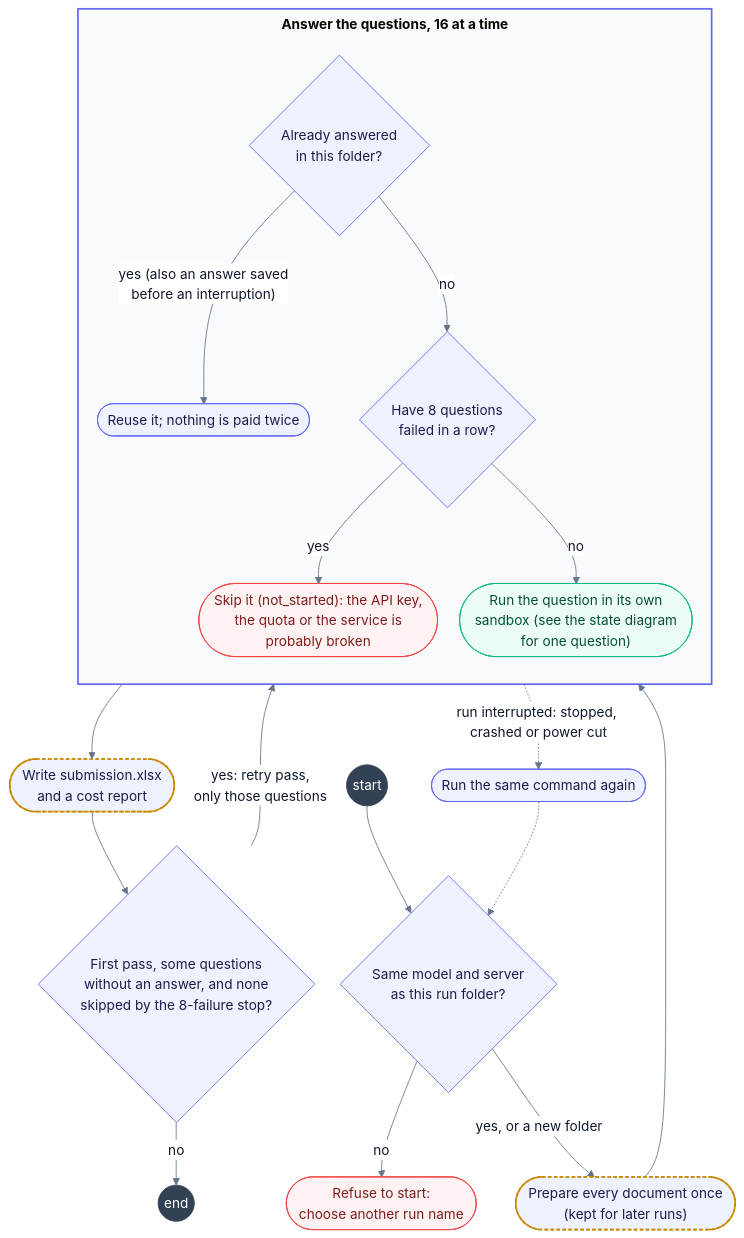
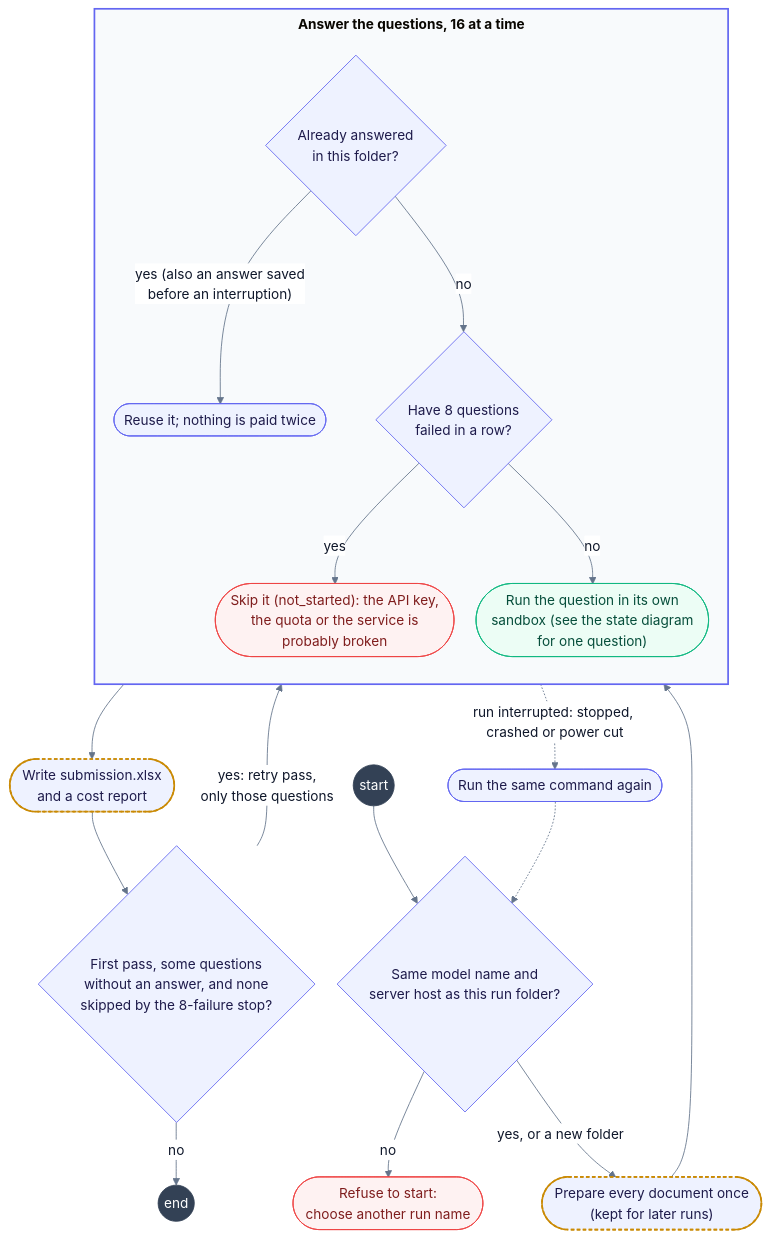
The diagram in docs/diagrams/run-states.mmd (eric15342335/AIFep-FDU.github.io), drawn with Mermaid before and after one commit. The commit also changed 15 other files, not shown here.

First line of the commit message:
Docs and diagrams: second GPT-6.2 Astra review

```diff
--- a/docs/diagrams/run-states.mmd
+++ b/docs/diagrams/run-states.mmd
@@ -1,41 +1,41 @@
 %%{init: {"theme": "base", "themeVariables": {"fontSize": "16px", "lineColor": "#64748b", "primaryTextColor": "#0f172a", "edgeLabelBackground": "#ffffff"}, "flowchart": {"nodeSpacing": 26, "rankSpacing": 40, "padding": 14, "wrappingWidth": 260, "subGraphTitleMargin": {"top": 6, "bottom": 16}}}}%%
 %% The states of a whole run (`uv run agent.py run`), around the per-question states in question-states.mmd.
 %% origin.json in the run folder records the model and server.
 %% 8 failures in a row: MAX_FAILURES_IN_A_ROW in tableqa/agent.py; one retry pass: --retries in agent.py.
 flowchart TB
-    begin(("start")) --> origin{"Same model and server<br/>as this run folder?"}
+    begin(("start")) --> origin{"Same model name and<br/>server host as this run folder?"}
     origin -- "no" --> refuse(["Refuse to start:<br/>choose another run name"])
     origin -- "yes, or a new folder" --> prepare(["Prepare every document once<br/>(kept for later runs)"])
     prepare --> ANSWER
 
     subgraph ANSWER["<b>Answer the questions, 16 at a time</b>"]
         direction TB
         lookup{"Already answered<br/>in this folder?"}
         reuse(["Reuse it; nothing is paid twice"])
         gate{"Have 8 questions<br/>failed in a row?"}
         skip(["Skip it (not_started): the API key,<br/>the quota or the service is<br/>probably broken"])
         session(["Run the question in its own<br/>sandbox (see the state diagram<br/>for one question)"])
         lookup -- "yes (also an answer saved<br/>before an interruption)" --> reuse
         lookup -- "no" --> gate
         gate -- "yes" --> skip
         gate -- "no" --> session
     end
 
     ANSWER --> write(["Write submission.xlsx<br/>and a cost report"])
     write --> more{"First pass, some questions<br/>without an answer, and none<br/>skipped by the 8-failure stop?"}
     more -- "yes: retry pass,<br/>only those questions" --> ANSWER
     more -- "no" --> done(("end"))
     ANSWER -. "run interrupted: stopped, crashed or power cut" .-> again(["Run the same command again"])
     again -.-> origin
 
     classDef ours fill:#eef2ff,stroke:#6366f1,color:#1e1b4b
     classDef usesBase fill:#eef2ff,stroke:#ca8a04,color:#1e1b4b,stroke-width:2px,stroke-dasharray:4 3
     classDef agent fill:#ecfdf5,stroke:#10b981,color:#064e3b
     classDef bad fill:#fef2f2,stroke:#ef4444,color:#7f1d1d
     classDef dot fill:#334155,stroke:#334155,color:#ffffff
     class origin,lookup,gate,reuse,more,again ours
     class prepare,write usesBase
     class session agent
     class refuse,skip bad
     class begin,done dot
     style ANSWER fill:#f8fafc,stroke:#6366f1,stroke-width:2px
```
